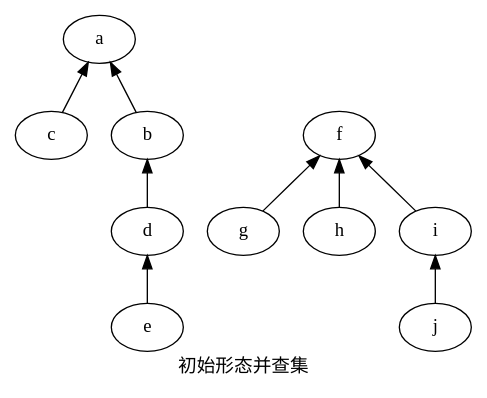
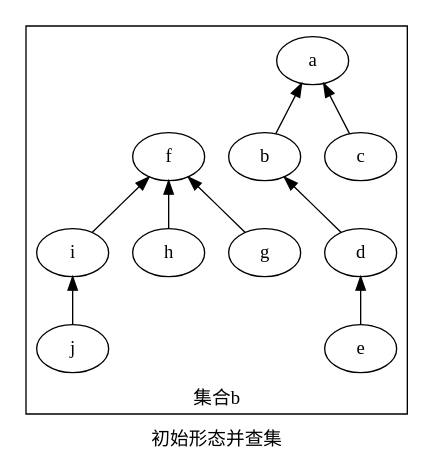
One commit to hcx2012/book changed the first of 2 diagrams in DisjointSetUnion.md. Above: the diagram before and after it, drawn with Graphviz.

````diff
--- a/DisjointSetUnion.md
+++ b/DisjointSetUnion.md
@@ -58,20 +58,20 @@
 ```dot
 digraph "初始形态并查集"{
   label = "初始形态并查集"
   rankdir="BT"
-  subgraph "集合a"{
+  subgraph cluster_a{
     label = "集合a"
     b -> a;
     c -> a;
     d -> b;
     e -> d;
   }
-  subgraph "集合b"{
+  subgraph cluster_a{
     label = "集合b"
     g -> f;
     h -> f;
     i -> f;
     j -> i;
   }
 }
 ```
````
